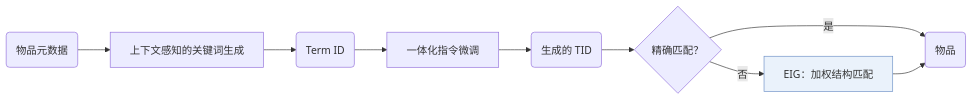
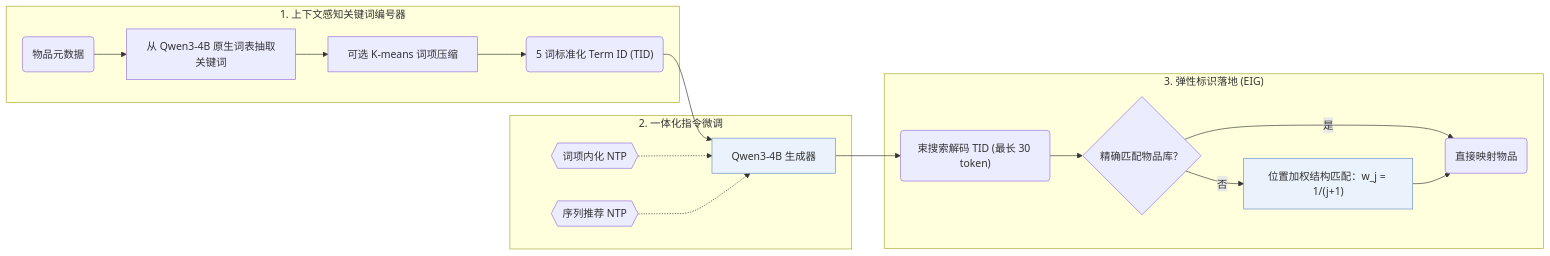
The diagram in notes/zh/grlm.md (Galaxy-ghost/Awesome-SID-Generative-Rec), drawn with Mermaid before and after one commit. The commit also changed other lines of this file and 649 other files, not shown here.

Commit message:
writer-05: also tags and modality index (schema, check, build, visuals); summary field removed; calibration data for 12 papers

````diff
--- a/notes/zh/grlm.md
+++ b/notes/zh/grlm.md
@@ -13,12 +14,21 @@
 ```mermaid
 flowchart LR
-    A("物品元数据") --> B["上下文感知的关键词生成"]
-    B --> C("Term ID")
-    C --> D["一体化指令微调"]
-    D --> E("生成的 TID")
-    E --> F{"精确匹配？"}
-    F -->|是| G("物品")
-    F -->|否| H["EIG：加权结构匹配"]:::key
-    H --> G
+    subgraph Tok["1. 上下文感知关键词编号器"]
+        A("物品元数据") --> B["从 Qwen3-4B 原生词表抽取关键词"]
+        B --> C["可选 K-means 词项压缩"]
+        C --> D("5 词标准化 Term ID (TID)")
+    end
+    subgraph Train["2. 一体化指令微调"]
+        D --> E["Qwen3-4B 生成器"]:::key
+        L1{{"词项内化 NTP"}} -.-> E
+        L2{{"序列推荐 NTP"}} -.-> E
+    end
+    subgraph Inf["3. 弹性标识落地 (EIG)"]
+        E --> F("束搜索解码 TID (最长 30 token)")
+        F --> G{"精确匹配物品库？"}
+        G -->|是| H("直接映射物品")
+        G -->|否| I["位置加权结构匹配：w_j = 1/(j+1)"]:::key
+        I --> H
+    end
     classDef key fill:#eaf2fb,stroke:#6b8fc7
 ```
````
